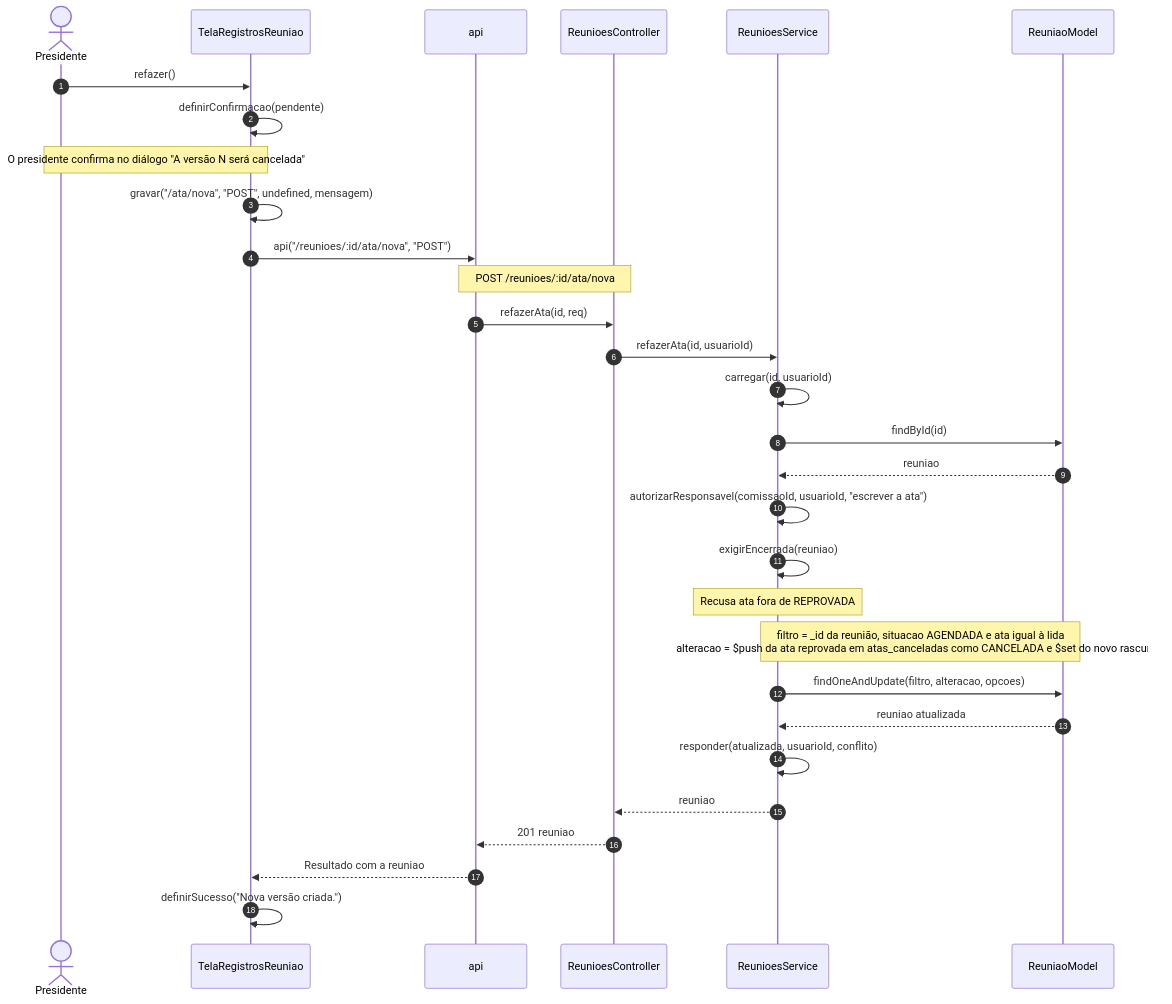
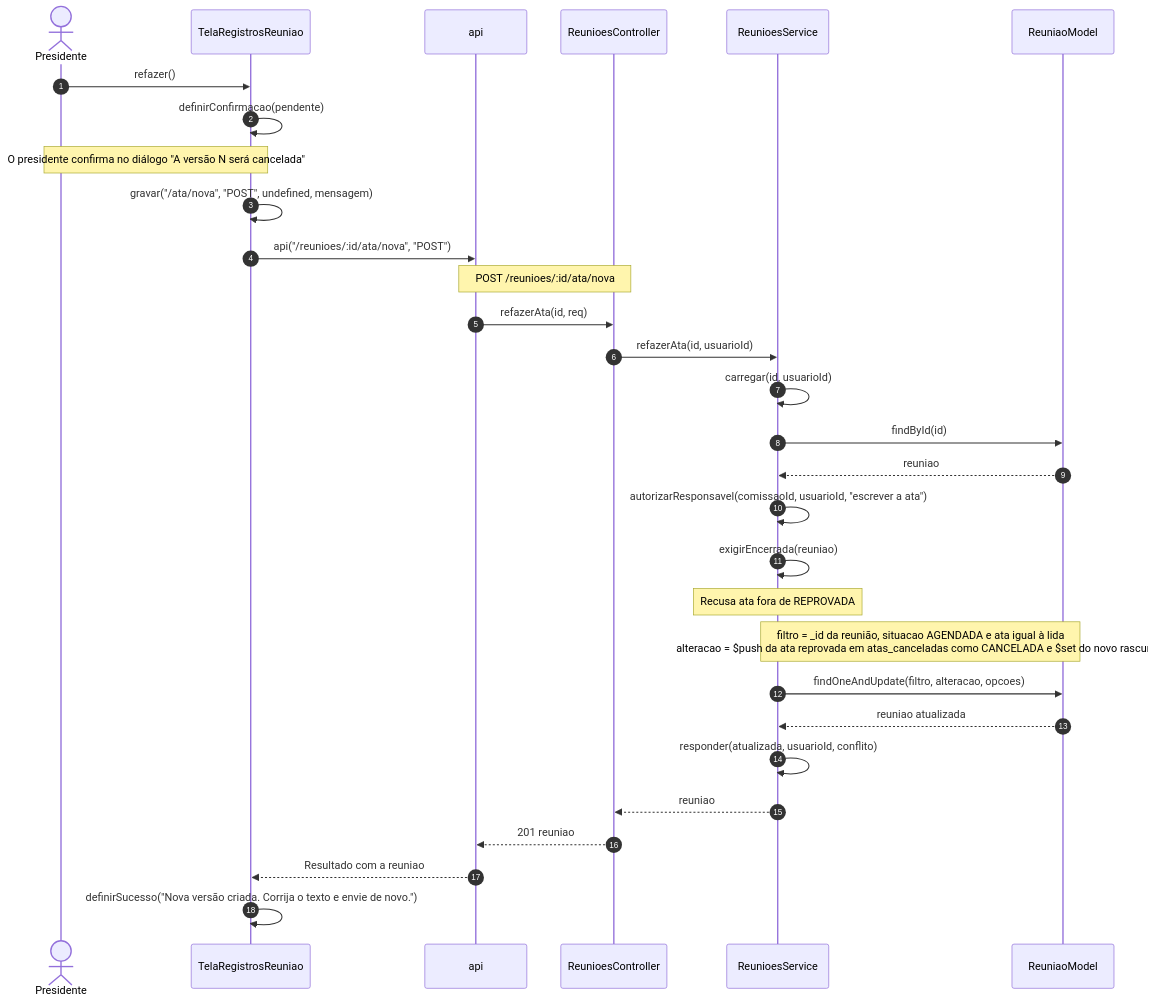
Before and after one commit to Conecta-IFSP/DOCUMENTATION: the sixth of 9 diagrams in 4 - Incremento3/atas/6 - diagramas-sequencia-atas.md, drawn with Mermaid. The commit also changed other lines of this file and 9 other files, not shown here.

````diff
--- a/4 - Incremento3/atas/6 - diagramas-sequencia-atas.md
+++ b/4 - Incremento3/atas/6 - diagramas-sequencia-atas.md
@@ -226,32 +228,32 @@
 ```mermaid
 sequenceDiagram
     autonumber
     actor U as Presidente
     participant T as TelaRegistrosReuniao
     participant A as api
     participant C as ReunioesController
     participant S as ReunioesService
     participant M as ReuniaoModel
     U->>T: refazer()
     T->>T: definirConfirmacao(pendente)
     Note over U,T: O presidente confirma no diálogo "A versão N será cancelada"
     T->>T: gravar("/ata/nova", "POST", undefined, mensagem)
     T->>A: api("/reunioes/:id/ata/nova", "POST")
     Note over A,C: POST /reunioes/:id/ata/nova
     A->>C: refazerAta(id, req)
     C->>S: refazerAta(id, usuarioId)
     S->>S: carregar(id, usuarioId)
     S->>M: findById(id)
     M-->>S: reuniao
     S->>S: autorizarResponsavel(comissaoId, usuarioId, "escrever a ata")
     S->>S: exigirEncerrada(reuniao)
     Note over S: Recusa ata fora de REPROVADA
     Note over S,M: filtro = _id da reunião, situacao AGENDADA e ata igual à lida<br/>alteracao = $push da ata reprovada em atas_canceladas como CANCELADA e $set do novo rascunho
     S->>M: findOneAndUpdate(filtro, alteracao, opcoes)
     M-->>S: reuniao atualizada
     S->>S: responder(atualizada, usuarioId, conflito)
     S-->>C: reuniao
     C-->>A: 201 reuniao
     A-->>T: Resultado com a reuniao
-    T->>T: definirSucesso("Nova versão criada.")
+    T->>T: definirSucesso("Nova versão criada. Corrija o texto e envie de novo.")
 ```
````
